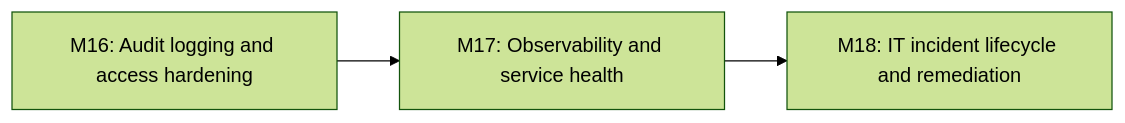
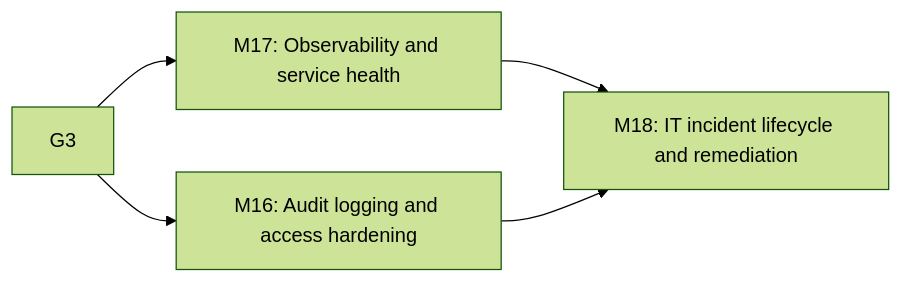
One commit to ekamal22/HarborOps-Enterprise-Maritime-Logistics-IT-Operations-Platform changed the fifth of 32 diagrams in docs/EXECUTION_GRAPH.md. Above: the diagram before and after it, drawn with Mermaid (forest theme). The commit also changed other lines of this file and 2 other files, not shown here.

````diff
--- a/docs/EXECUTION_GRAPH.md
+++ b/docs/EXECUTION_GRAPH.md
@@ -82,7 +156,10 @@
 ```mermaid
 flowchart LR
   G16["M16: Audit logging and access hardening"]
   G17["M17: Observability and service health"]
   G18["M18: IT incident lifecycle and remediation"]
-  G16 --> G17 --> G18
+  G3 --> G16
+  G3 --> G17
+  G17 --> G18
+  G16 --> G18
 ```
````
